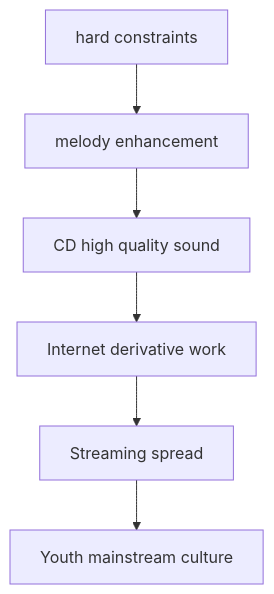
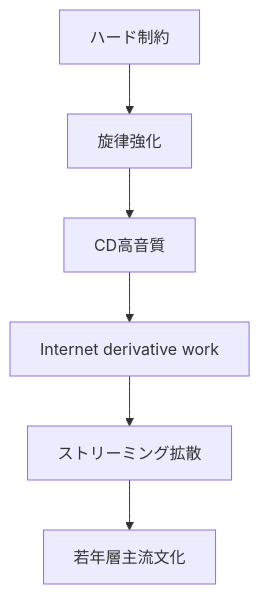
Before and after one commit to monumental-movement/monumental-movement.github.io: the second of 2 diagrams in en/_posts/2026-03-01-column-game-music-youth-culture.md, drawn with Mermaid. The commit also changed other lines of this file and 2196 other files, not shown here.

```diff
--- a/en/_posts/2026-03-01-column-game-music-youth-culture.md
+++ b/en/_posts/2026-03-01-column-game-music-youth-culture.md
@@ -179,8 +179,8 @@
 <div class="mermaid">
 flowchart TD
-    A[hard constraints] --> B[melody enhancement]
-    B --> C[CD high quality sound]
+    A[ハード制約] --> B[旋律強化]
+    B --> C[CD高音質]
     C --> D[Internet derivative work]
-    D --> E[Streaming spread]
-    E --> F[Youth mainstream culture]
+    D --> E[ストリーミング拡散]
+    E --> F[若年層主流文化]
 </div>
```
